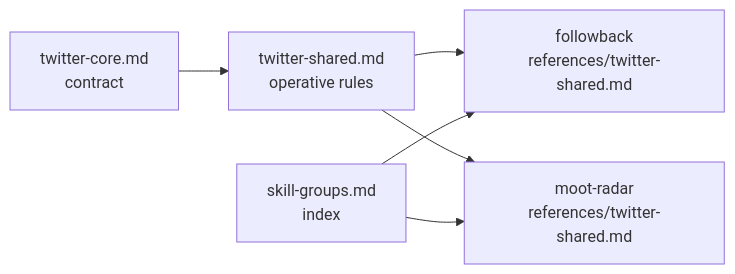
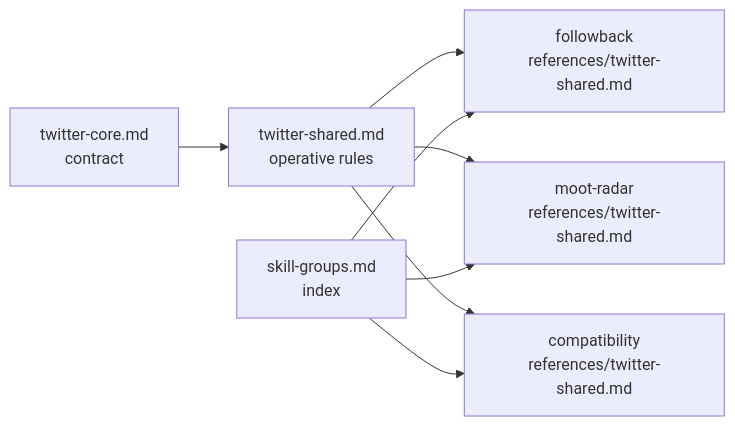
Before and after one commit to johndkane/agent-skills: the diagram in lode/skills/twitter-group.md, drawn with Mermaid. The commit also changed other lines of this file and 23 other files, not shown here.

First line of the commit message:
Add twitter-compatibility skill with scope and visual evidence

````diff
--- a/lode/skills/twitter-group.md
+++ b/lode/skills/twitter-group.md
@@ -37,8 +38,10 @@
 ```mermaid
 flowchart LR
     C[twitter-core.md<br/>contract] --> S[twitter-shared.md<br/>operative rules]
     S --> F[followback<br/>references/twitter-shared.md]
     S --> M[moot-radar<br/>references/twitter-shared.md]
+    S --> X[compatibility<br/>references/twitter-shared.md]
     I[skill-groups.md<br/>index] --> F
     I --> M
+    I --> X
 ```
````
